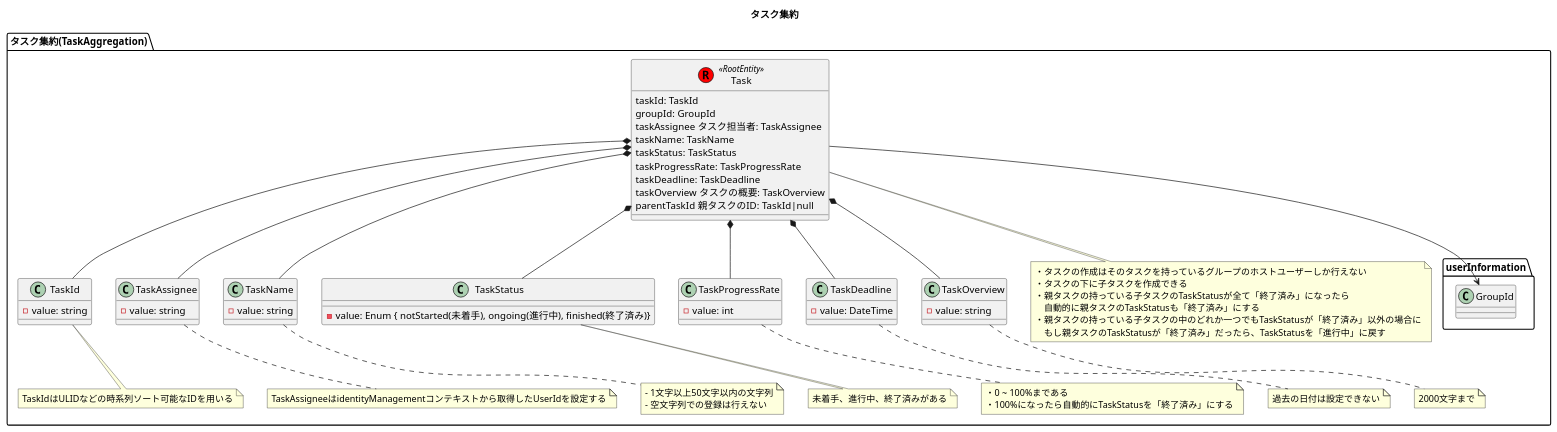
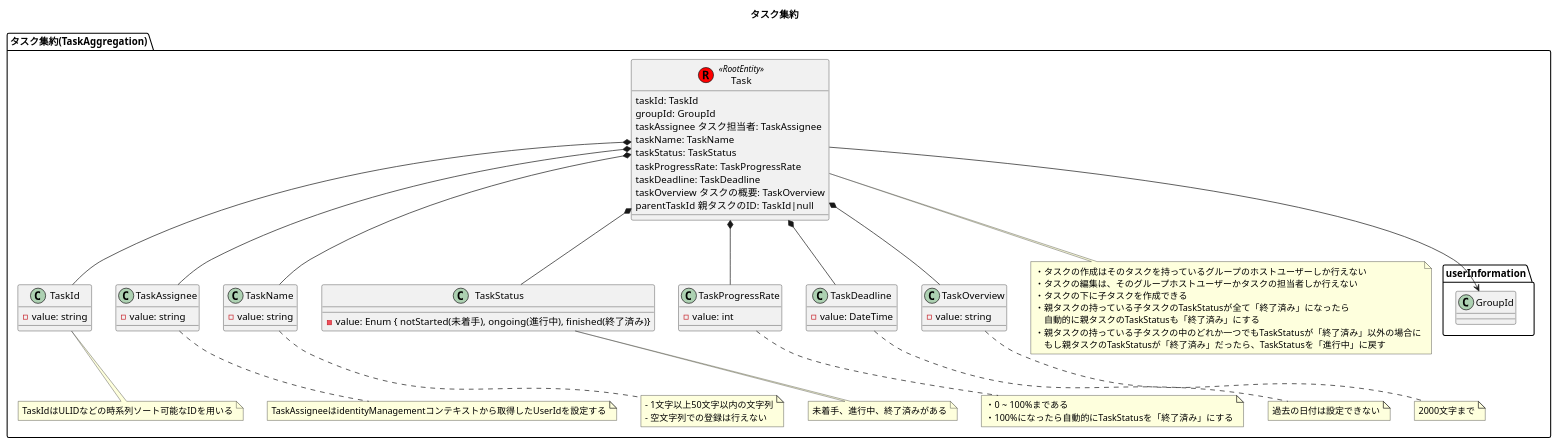
One commit to h-maki2/taskManagement changed the diagram in modelingDiagram/domainModelDiagram/タスク.pu. Above: the diagram before and after it, drawn with PlantUML.

Commit message:
ドメインモデル図を修正

```diff
--- a/modelingDiagram/domainModelDiagram/タスク.pu
+++ b/modelingDiagram/domainModelDiagram/タスク.pu
@@ -1,95 +1,96 @@
 @startuml タスク集約
 
 title タスク集約
 
 package "タスク集約(TaskAggregation)" {
     class Task << (R,red) RootEntity >> {
         taskId: TaskId
         groupId: GroupId
         taskAssignee タスク担当者: TaskAssignee
         taskName: TaskName
         taskStatus: TaskStatus
         taskProgressRate: TaskProgressRate
         taskDeadline: TaskDeadline
         taskOverview タスクの概要: TaskOverview
         parentTaskId 親タスクのID: TaskId|null
     }
 
     class TaskId {
         - value: string
     }
 
     class TaskAssignee {
         - value: string
     }
 
     class TaskName {
         -value: string
     }
 
     class TaskStatus {
         - value: Enum { notStarted(未着手), ongoing(進行中), finished(終了済み)}
     }
 
     class TaskProgressRate {
         - value: int
     }
 
     class TaskDeadline {
         - value: DateTime
     }
 
     class TaskOverview {
         - value: string
     }
 
     note bottom of Task
         ・タスクの作成はそのタスクを持っているグループのホストユーザーしか行えない
+        ・タスクの編集は、そのグループホストユーザーかタスクの担当者しか行えない
         ・タスクの下に子タスクを作成できる
         ・親タスクの持っている子タスクのTaskStatusが全て「終了済み」になったら
         　自動的に親タスクのTaskStatusも「終了済み」にする
         ・親タスクの持っている子タスクの中のどれか一つでもTaskStatusが「終了済み」以外の場合に
         　もし親タスクのTaskStatusが「終了済み」だったら、TaskStatusを「進行中」に戻す
     end note
 
     note bottom of TaskId
         TaskIdはULIDなどの時系列ソート可能なIDを用いる
     end note
 
     note bottom of TaskAssignee
         TaskAssigneeはidentityManagementコンテキストから取得したUserIdを設定する
     end note
 
     note bottom of TaskName
         - 1文字以上50文字以内の文字列
         - 空文字列での登録は行えない
     end note
 
     note bottom of TaskStatus
         未着手、進行中、終了済みがある
     end note
 
     note bottom of TaskProgressRate
         ・0 ~ 100%まである
         ・100%になったら自動的にTaskStatusを「終了済み」にする
     end note
 
     note bottom of TaskDeadline
         過去の日付は設定できない
     end note
 
     note bottom of TaskOverview
         2000文字まで
     end note
 
     Task *-down- TaskId
     Task -down-> userInformation.GroupId
     Task *-down- TaskAssignee
     Task *-down- TaskName
     Task *-down- TaskStatus
     Task *-down- TaskProgressRate
     Task *-down- TaskDeadline
     Task *-down- TaskOverview
 }
 
 @enduml
```
